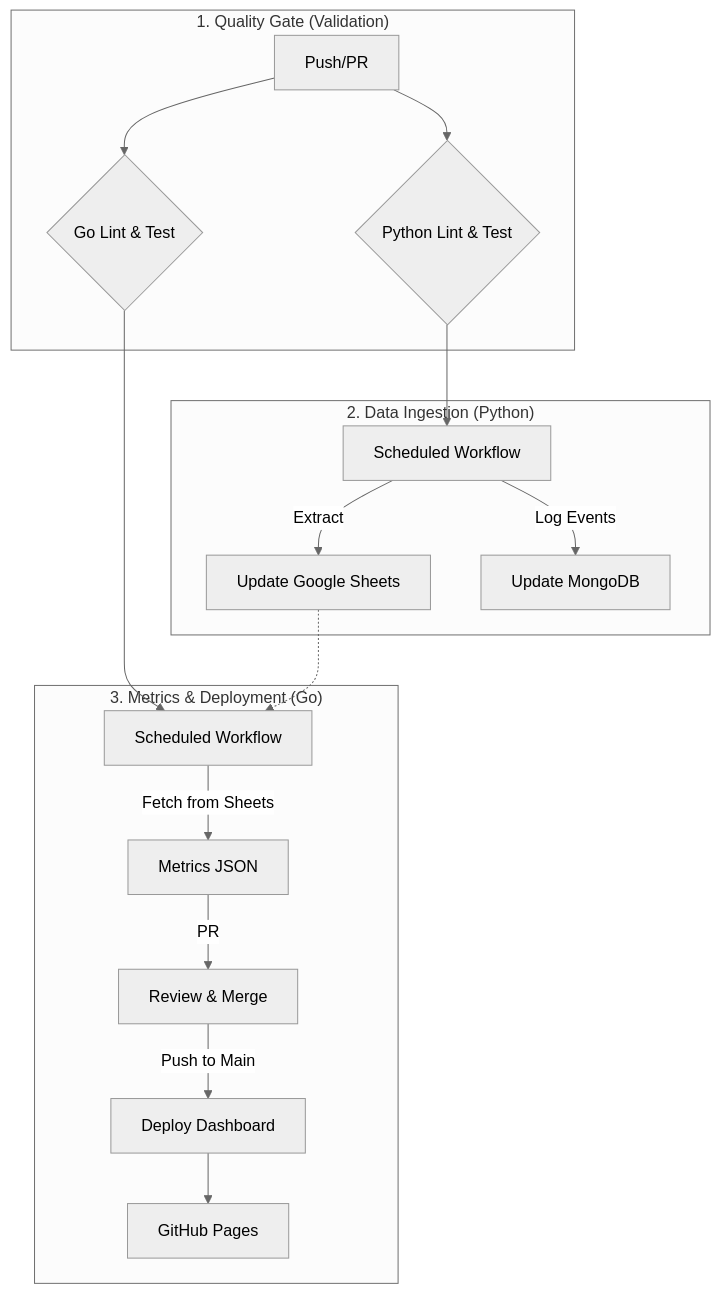
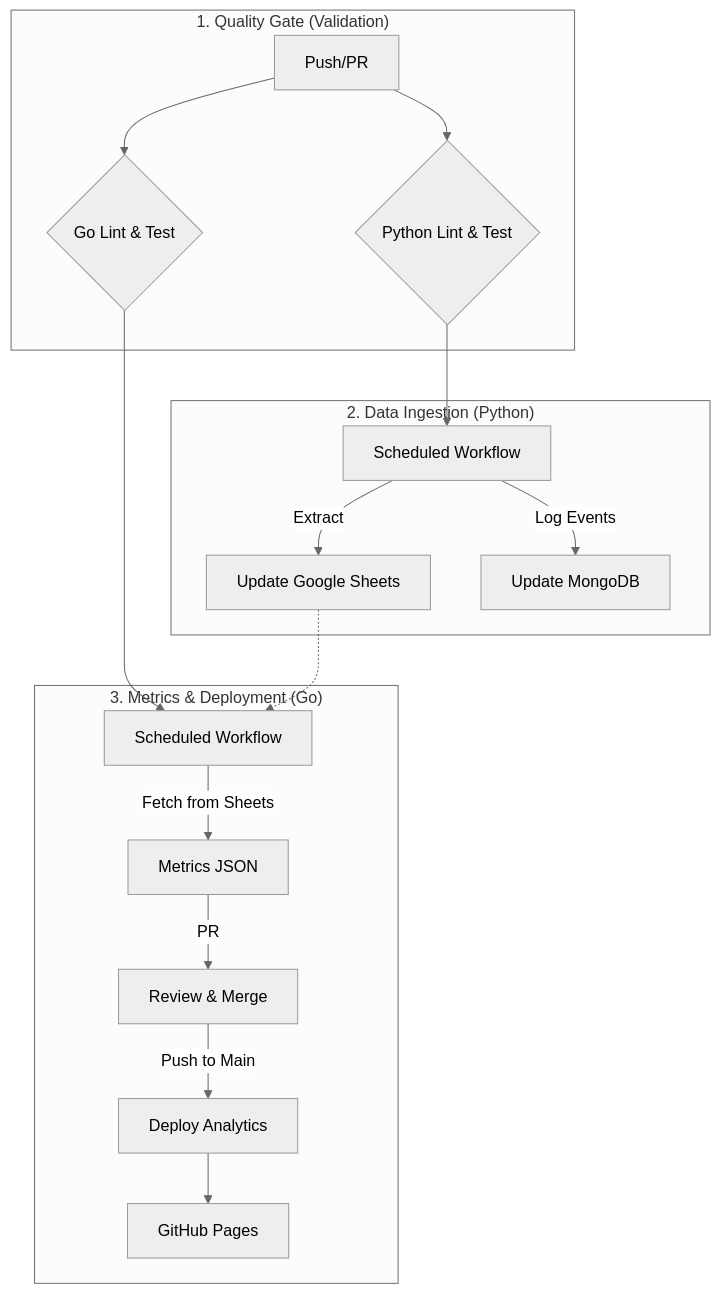
The diagram in docs/operations.md (victoriacheng15/personal-reading-analytics-dashboard), drawn with Mermaid (neutral theme) before and after one commit. The commit also changed other lines of this file and 33 other files, not shown here.

````diff
--- a/docs/operations.md
+++ b/docs/operations.md
@@ -22,26 +22,26 @@
 ```mermaid
 graph TD
     subgraph "1. Quality Gate (Validation)"
         A[Push/PR] --> B{Go Lint & Test}
         A --> C{Python Lint & Test}
     end
 
     subgraph "2. Data Ingestion (Python)"
         D[Scheduled Workflow] -->|Extract| E[Update Google Sheets]
         D -->|Log Events| F[Update MongoDB]
     end
 
     subgraph "3. Metrics & Deployment (Go)"
         G[Scheduled Workflow] -->|Fetch from Sheets| H[Metrics JSON]
         H -->|PR| I[Review & Merge]
-        I -->|Push to Main| J[Deploy Dashboard]
+        I -->|Push to Main| J[Deploy Analytics]
         J --> K[GitHub Pages]
     end
 
     %% Tech Stack Flow
     B --> G
     C --> D
     
     %% Data Dependency
     E -.-> G
 ```
````
